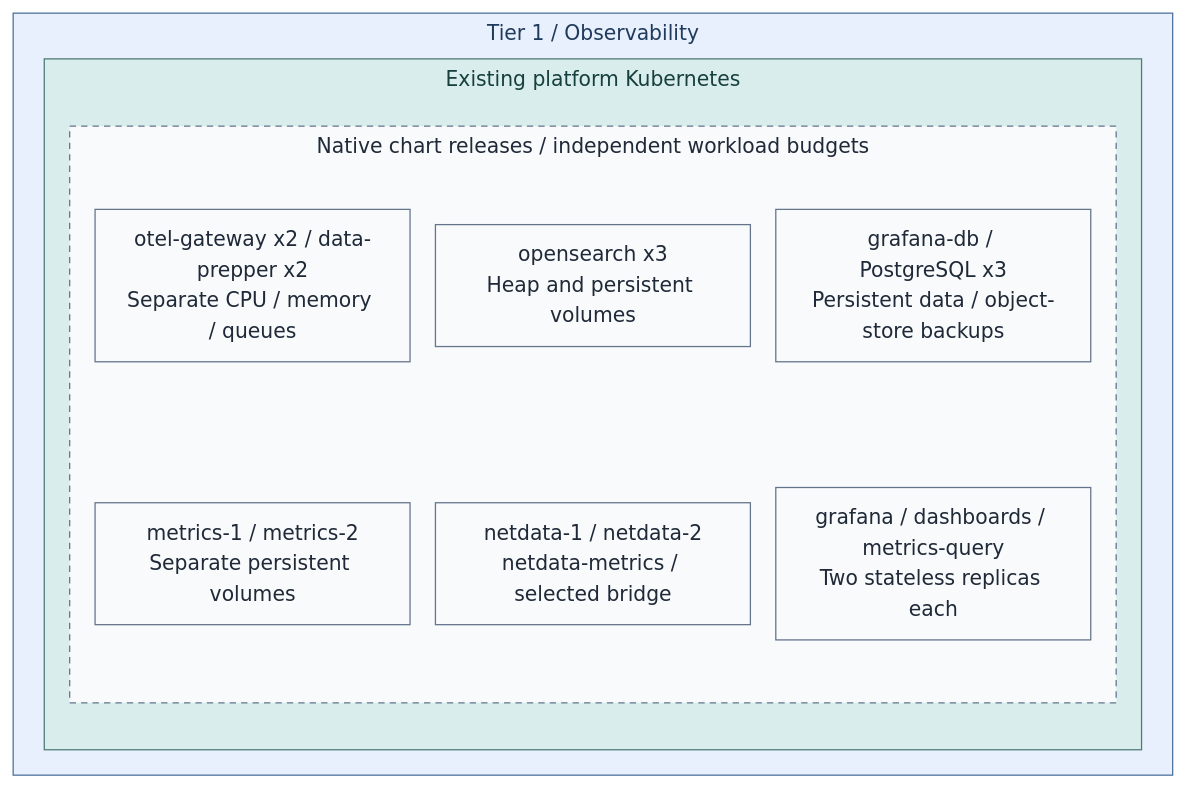
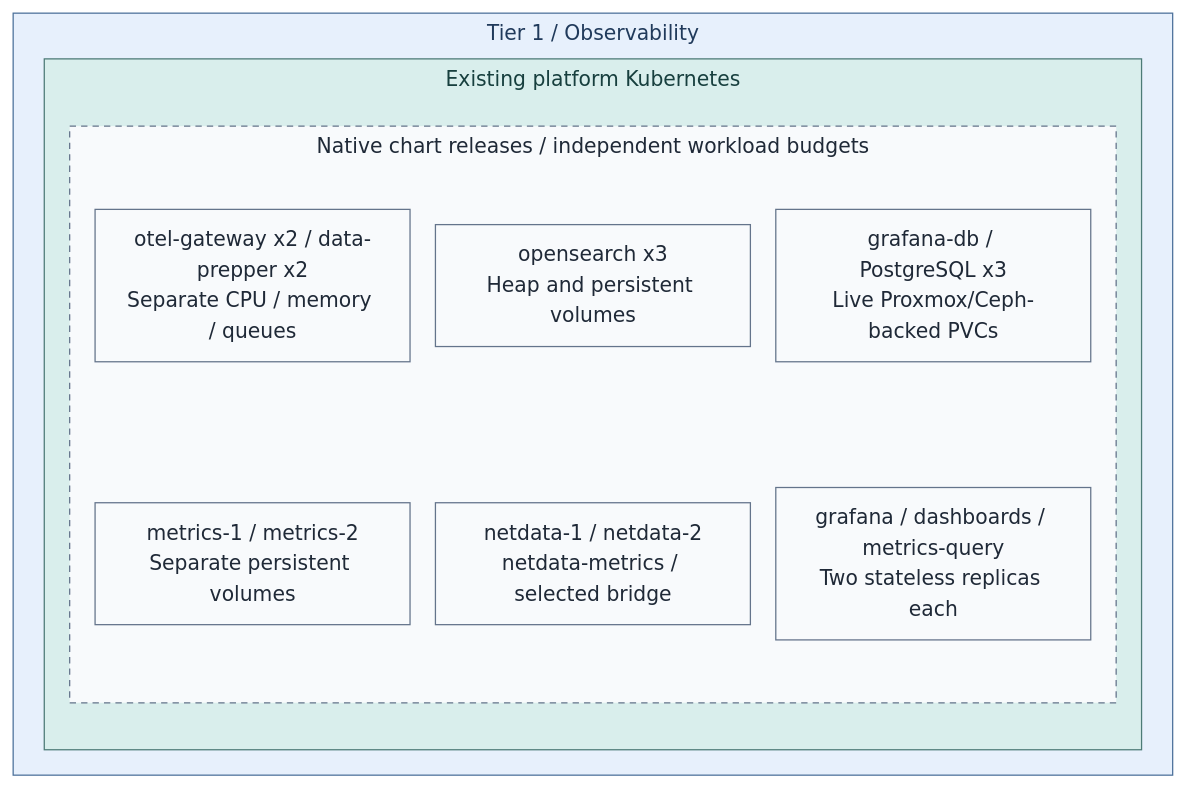
Before and after one commit to Rexus/homelab: the first of 4 diagrams in docs/deployment/stage-8-observability/README.md, drawn with Mermaid. The commit also changed other lines of this file and 363 other files, not shown here.

````diff
--- a/docs/deployment/stage-8-observability/README.md
+++ b/docs/deployment/stage-8-observability/README.md
@@ -38,27 +38,27 @@
 ```mermaid
 %%{init: {"theme":"base","flowchart":{"nodeSpacing":20,"rankSpacing":24,"padding":12,"subGraphTitleMargin":{"top":4,"bottom":12}},"themeVariables":{"lineColor":"#627581","edgeLabelBackground":"#f8fafc"}}}%%
 flowchart TB
   subgraph T1["Tier 1 / Observability"]
     subgraph Cluster["Existing platform Kubernetes"]
       subgraph Project["Native chart releases / independent workload budgets"]
         direction TB
         Gateways["otel-gateway x2 / data-prepper x2<br/>Separate CPU / memory / queues"]
         Metrics["metrics-1 / metrics-2<br/>Separate persistent volumes"]
         Search["opensearch x3<br/>Heap and persistent volumes"]
         Diagnostics["netdata-1 / netdata-2<br/>netdata-metrics / selected bridge"]
-        Database["grafana-db / PostgreSQL x3<br/>Persistent data / object-store backups"]
+        Database["grafana-db / PostgreSQL x3<br/>Live Proxmox/Ceph-backed PVCs"]
         UIs["grafana / dashboards / metrics-query<br/>Two stateless replicas each"]
         Gateways ~~~ Metrics
         Search ~~~ Diagnostics
         Database ~~~ UIs
       end
     end
   end
   classDef default fill:#f8fafc,stroke:#64748b,color:#1f2937
   classDef services fill:#e7f0fc,stroke:#4d719b,color:#203a5b
   classDef runtime fill:#d9eeec,stroke:#4d7b77,color:#173f3e
   classDef replicas fill:#f8fafc,stroke:#64748b,color:#1f2937,stroke-dasharray:5 4
   class T1 services
   class Cluster runtime
   class Project replicas
 ```
````
